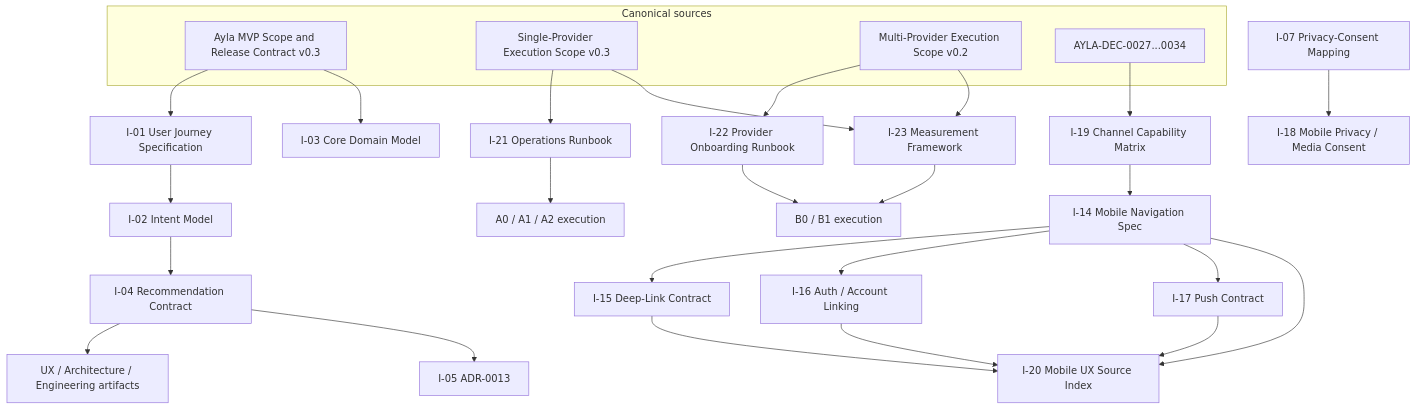
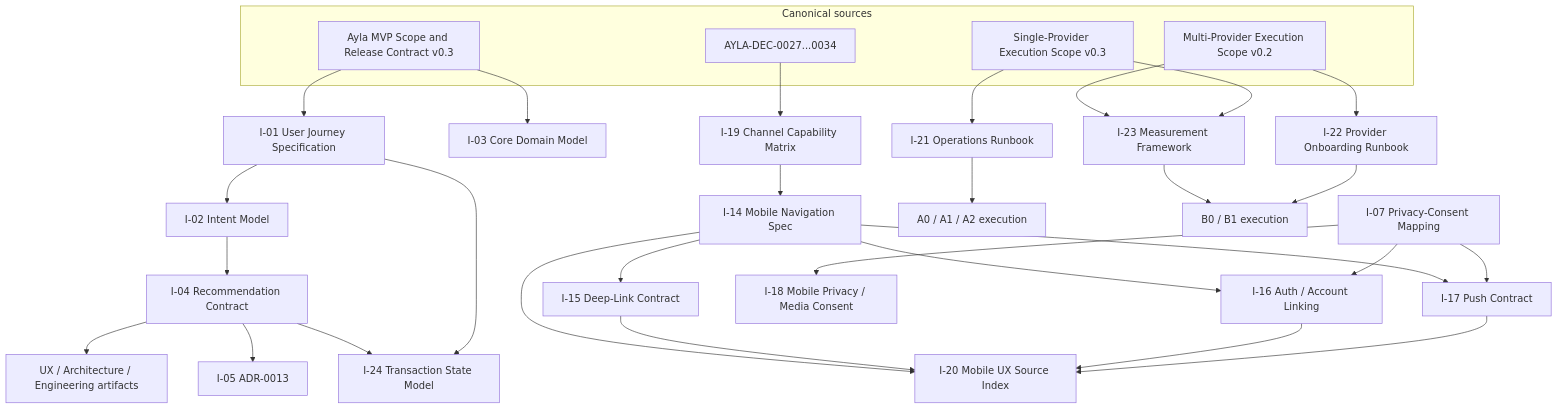
The diagram in 02 Strategy/Ayla MVP v0.3 Downstream Migration Plan.md (AndreyDeveloper84/ayla-knowledge), drawn with Mermaid before and after one commit. The commit also changed other lines of this file, not shown here.

````diff
--- a/02 Strategy/Ayla MVP v0.3 Downstream Migration Plan.md
+++ b/02 Strategy/Ayla MVP v0.3 Downstream Migration Plan.md
@@ -298,35 +305,39 @@
 ```mermaid
 graph TD
     subgraph Canonical sources
         MS[Ayla MVP Scope and Release Contract v0.3]
         SP[Single-Provider Execution Scope v0.3]
         MP[Multi-Provider Execution Scope v0.2]
         DEC[AYLA-DEC-0027...0034]
     end
 
     MS --> UJ[I-01 User Journey Specification]
     UJ --> IM[I-02 Intent Model]
     IM --> RC[I-04 Recommendation Contract]
     RC --> UX[UX / Architecture / Engineering artifacts]
     RC --> ADR[I-05 ADR-0013]
+    RC --> TSM[I-24 Transaction State Model]
+    UJ --> TSM
     MS --> CDM[I-03 Core Domain Model]
 
     DEC --> CCM[I-19 Channel Capability Matrix]
     CCM --> NAV[I-14 Mobile Navigation Spec]
     NAV --> DL[I-15 Deep-Link Contract]
     NAV --> AUTH[I-16 Auth / Account Linking]
     NAV --> PUSH[I-17 Push Contract]
     PRIV[I-07 Privacy-Consent Mapping] --> MPRIV[I-18 Mobile Privacy / Media Consent]
+    PRIV --> AUTH
+    PRIV --> PUSH
     NAV --> MIDX[I-20 Mobile UX Source Index]
     DL --> MIDX
     AUTH --> MIDX
     PUSH --> MIDX
 
     SP --> OPS[I-21 Operations Runbook]
     OPS --> A[A0 / A1 / A2 execution]
     MP --> POB[I-22 Provider Onboarding Runbook]
     MP --> MEAS[I-23 Measurement Framework]
     SP --> MEAS
     MEAS --> B[B0 / B1 execution]
     POB --> B
 ```
````
